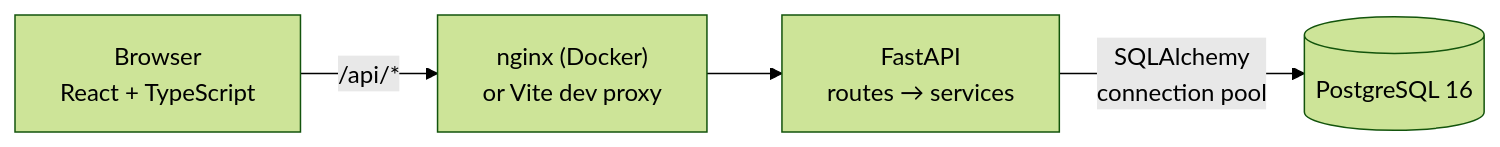
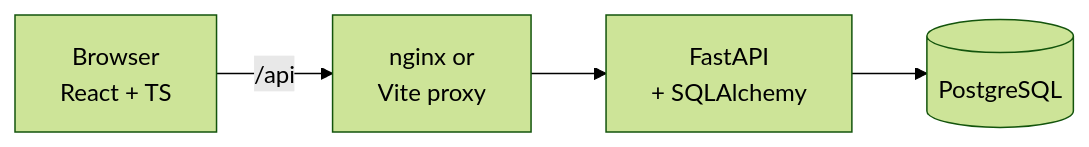
Before and after one commit to aayushjagtap/hsa-platform: the first of 3 diagrams in architecture.md, drawn with Mermaid (forest theme).

Commit message:
Narrow system architecture diagram

````diff
--- a/architecture.md
+++ b/architecture.md
@@ -5,6 +5,6 @@
 ```mermaid
 flowchart LR
-    B["Browser<br/>React + TypeScript"] -->|"/api/*"| P["nginx (Docker)<br/>or Vite dev proxy"]
-    P --> A["FastAPI<br/>routes → services"]
-    A -->|"SQLAlchemy<br/>connection pool"| D[("PostgreSQL 16")]
+    B["Browser<br/>React + TS"] -->|"/api"| P["nginx or<br/>Vite proxy"]
+    P --> A["FastAPI<br/>+ SQLAlchemy"]
+    A --> D[("PostgreSQL")]
 ```
````
